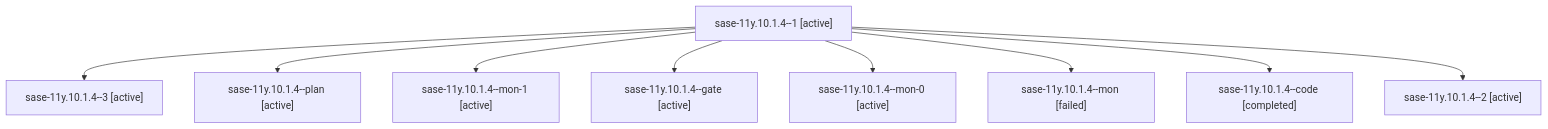
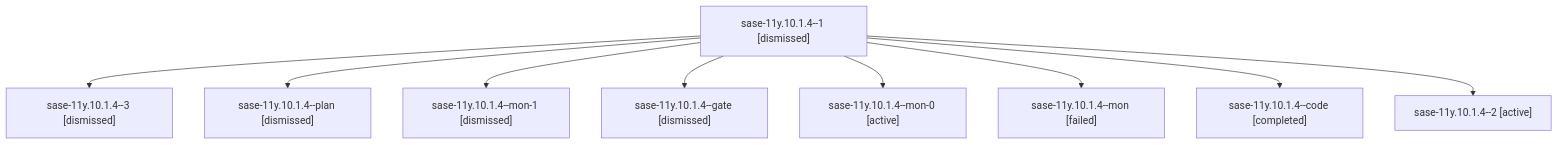
The diagram in sessions/bbugyi200.athena.sase-11y.10.1.4.md (sase-org/sase--agents), drawn with Mermaid before and after one commit. The commit also changed other lines of this file and 252 other files, not shown here.

````diff
--- a/sessions/bbugyi200.athena.sase-11y.10.1.4.md
+++ b/sessions/bbugyi200.athena.sase-11y.10.1.4.md
@@ -9,20 +9,20 @@
 ```mermaid
 flowchart TD
-  n0["sase-11y.10.1.4--1 [active]"]
-  n1["sase-11y.10.1.4--3 [active]"]
+  n0["sase-11y.10.1.4--1 [dismissed]"]
+  n1["sase-11y.10.1.4--3 [dismissed]"]
   n0 --> n1
-  n2["sase-11y.10.1.4--plan [active]"]
+  n2["sase-11y.10.1.4--plan [dismissed]"]
   n0 --> n2
-  n3["sase-11y.10.1.4--mon-1 [active]"]
+  n3["sase-11y.10.1.4--mon-1 [dismissed]"]
   n0 --> n3
-  n4["sase-11y.10.1.4--gate [active]"]
+  n4["sase-11y.10.1.4--gate [dismissed]"]
   n0 --> n4
   n5["sase-11y.10.1.4--mon-0 [active]"]
   n0 --> n5
   n6["sase-11y.10.1.4--mon [failed]"]
   n0 --> n6
   n7["sase-11y.10.1.4--code [completed]"]
   n0 --> n7
   n8["sase-11y.10.1.4--2 [active]"]
   n0 --> n8
 ```
````
